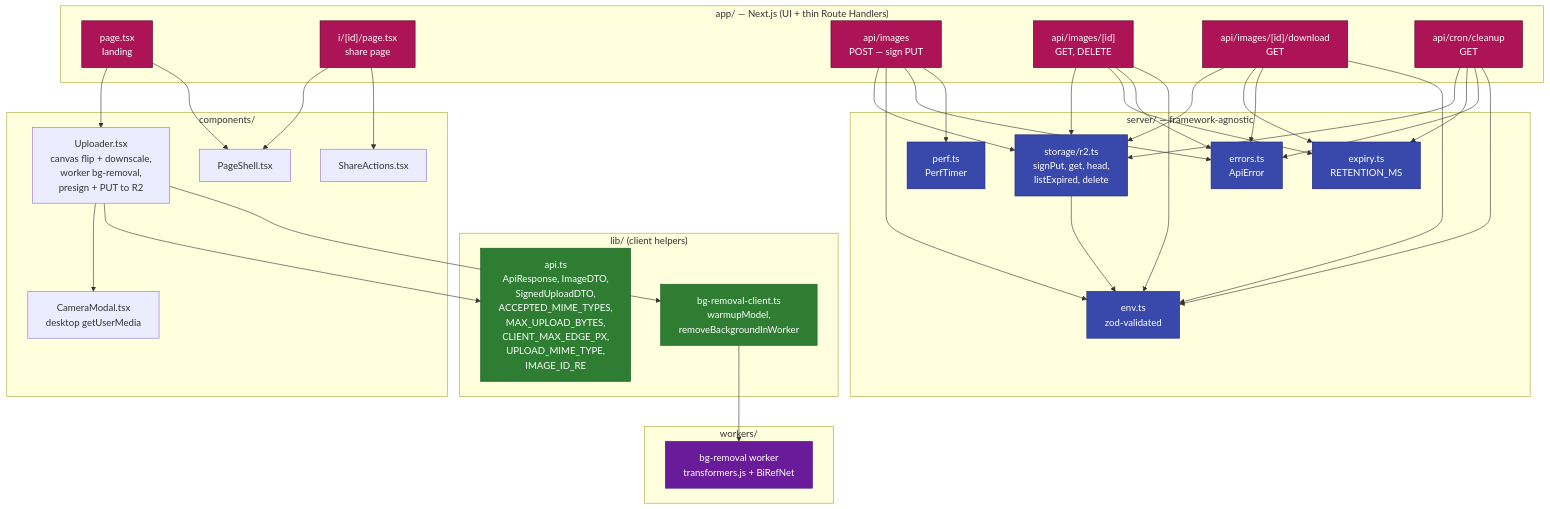
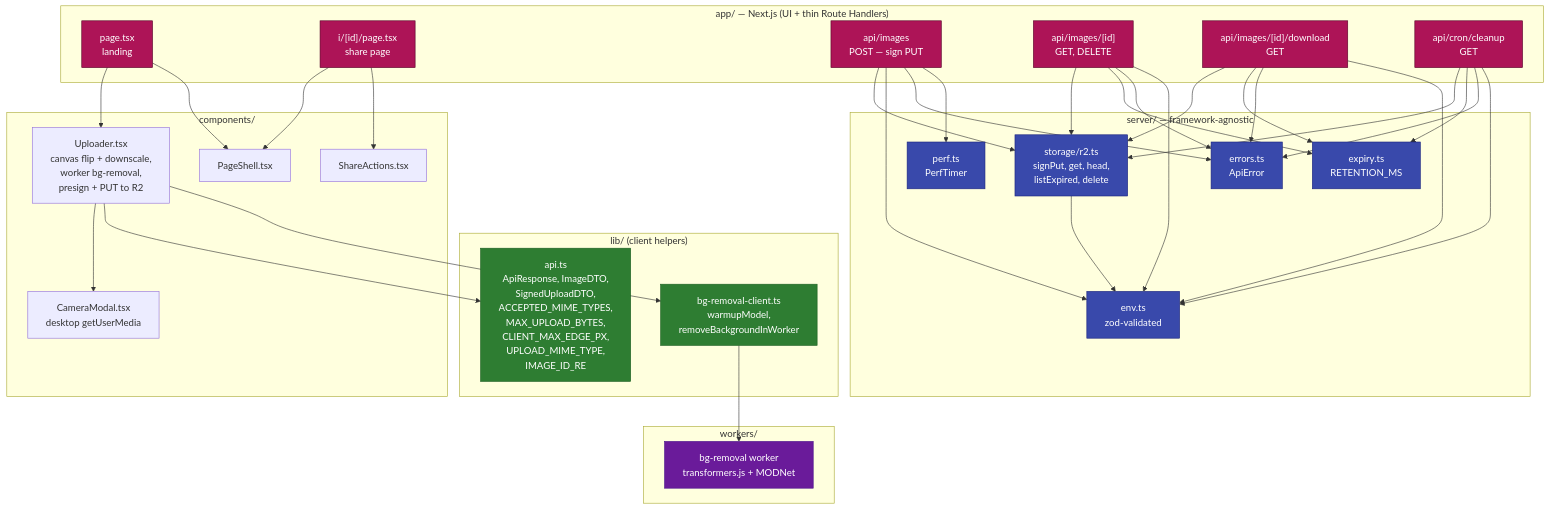
One commit to agustin-vaca/image-transformation changed the second of 5 diagrams in docs/ARCHITECTURE.md. Above: the diagram before and after it, drawn with Mermaid. The commit also changed other lines of this file and 2 other files, not shown here.

First line of the commit message:
fix(bg-removal): swap BiRefNet for MODNet (Apache-2.0, properly quantized)

````diff
--- a/docs/ARCHITECTURE.md
+++ b/docs/ARCHITECTURE.md
@@ -55,70 +55,70 @@
 ```mermaid
 flowchart TB
     subgraph app["app/ — Next.js (UI + thin Route Handlers)"]
         page[page.tsx<br/>landing]
         ipage["i/[id]/page.tsx<br/>share page"]
         upload["api/images<br/>POST — sign PUT"]
         meta["api/images/[id]<br/>GET, DELETE"]
         download["api/images/[id]/download<br/>GET"]
         cleanup[api/cron/cleanup<br/>GET]
     end
 
     subgraph components["components/"]
         uploader["Uploader.tsx<br/>canvas flip + downscale,<br/>worker bg-removal,<br/>presign + PUT to R2"]
         camera[CameraModal.tsx<br/>desktop getUserMedia]
         shell[PageShell.tsx]
         share[ShareActions.tsx]
     end
 
     subgraph workers["workers/"]
-        bgWorker[bg-removal worker<br/>transformers.js + BiRefNet]
+        bgWorker[bg-removal worker<br/>transformers.js + MODNet]
     end
 
     subgraph lib["lib/ (client helpers)"]
         api["api.ts<br/>ApiResponse, ImageDTO,<br/>SignedUploadDTO,<br/>ACCEPTED_MIME_TYPES,<br/>MAX_UPLOAD_BYTES,<br/>CLIENT_MAX_EDGE_PX,<br/>UPLOAD_MIME_TYPE,<br/>IMAGE_ID_RE"]
         bgClient[bg-removal-client.ts<br/>warmupModel,<br/>removeBackgroundInWorker]
     end
 
     subgraph server["server/ — framework-agnostic"]
         storage[storage/r2.ts<br/>signPut, get, head,<br/>listExpired, delete]
         env[env.ts<br/>zod-validated]
         errors[errors.ts<br/>ApiError]
         expiry[expiry.ts<br/>RETENTION_MS]
         perf[perf.ts<br/>PerfTimer]
     end
 
     page --> uploader
     page --> shell
     ipage --> shell
     ipage --> share
     uploader --> camera
     uploader --> api
     uploader --> bgClient
     bgClient --> bgWorker
     upload --> storage
     upload --> env
     upload --> errors
     upload --> perf
     meta --> storage
     meta --> expiry
     meta --> errors
     meta --> env
     download --> storage
     download --> expiry
     download --> errors
     download --> env
     cleanup --> storage
     cleanup --> expiry
     cleanup --> errors
     cleanup --> env
     storage --> env
 
     classDef serverNode fill:#3949ab,stroke:#1a237e,color:#fff
     classDef appNode fill:#ad1457,stroke:#560027,color:#fff
     classDef libNode fill:#2e7d32,stroke:#1b5e20,color:#fff
     classDef workerNode fill:#6a1b9a,stroke:#4a148c,color:#fff
     class storage,env,errors,expiry,perf serverNode
     class page,ipage,upload,meta,download,cleanup appNode
     class api,bgClient libNode
     class bgWorker workerNode
 ```
````
